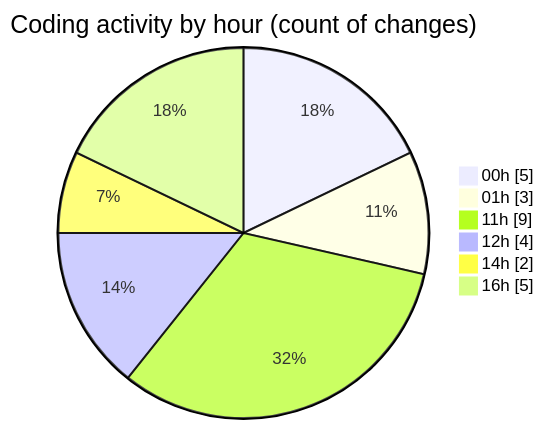
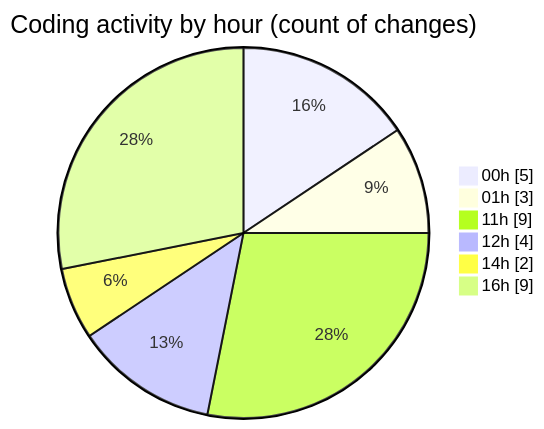
Before and after one commit to julien-gomy/code-tracking: the second of 2 diagrams in 2025-11-16/cdp_aleoudev_fr__workspace_/README.md, drawn with Mermaid. The commit also changed other lines of this file and 1 other file, not shown here.

````diff
--- a/2025-11-16/cdp_aleoudev_fr__workspace_/README.md
+++ b/2025-11-16/cdp_aleoudev_fr__workspace_/README.md
@@ -38,10 +39,10 @@
 ```mermaid
 pie showData
 title Coding activity by hour (count of changes)
 "00h" : 5
 "01h" : 3
 "11h" : 9
 "12h" : 4
 "14h" : 2
-"16h" : 5
+"16h" : 9
 ```
````
